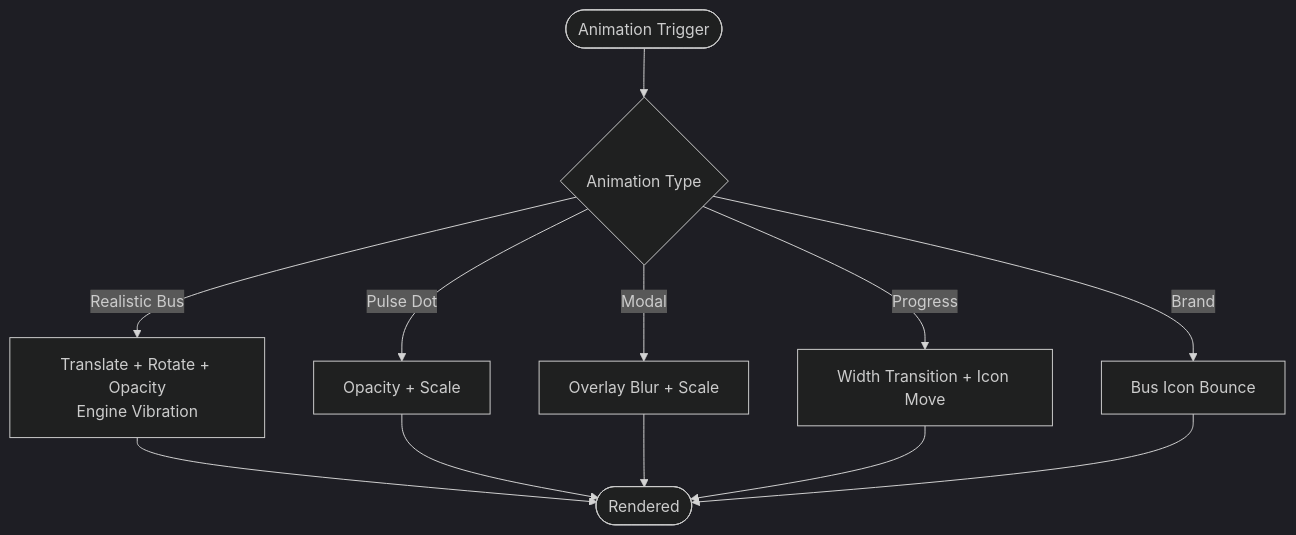
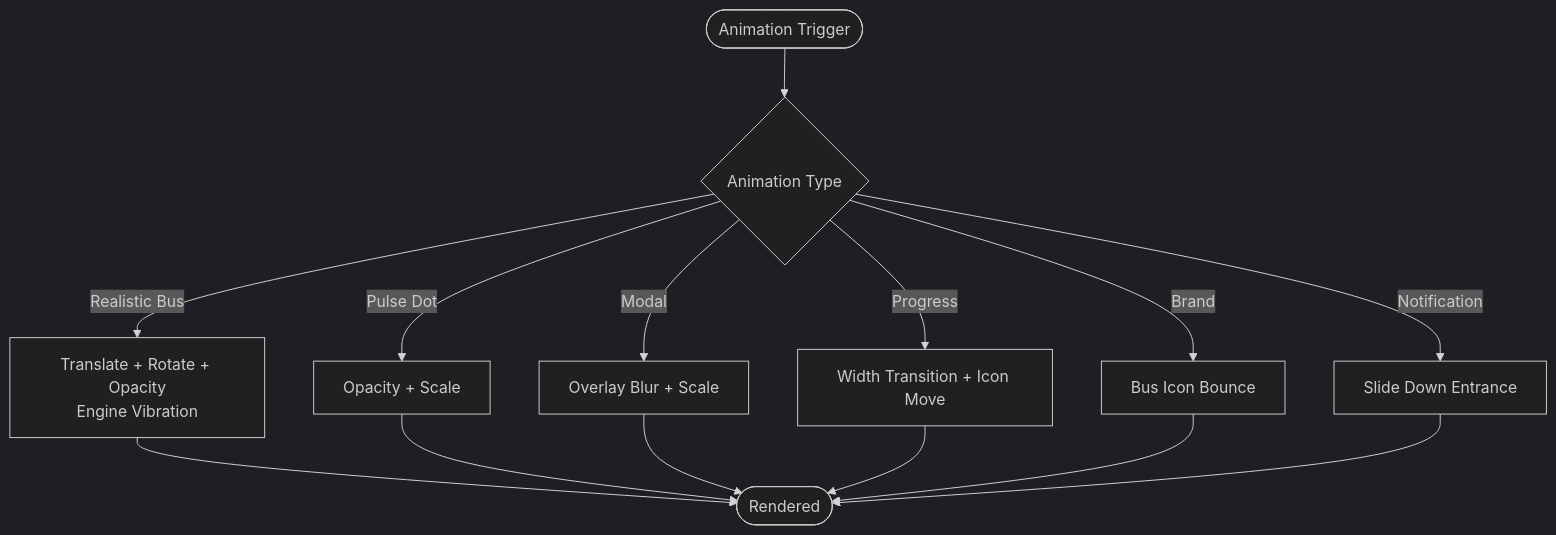
The sixth of 7 diagrams in .qoder/repowiki/en/content/User Interface and Design System.md (Rehanpatel3858/BusTrack-Pro), drawn with Mermaid (dark theme) before and after one commit. The commit also changed other lines of this file and 3 other files, not shown here.

````diff
--- a/.qoder/repowiki/en/content/User Interface and Design System.md
+++ b/.qoder/repowiki/en/content/User Interface and Design System.md
@@ -294,14 +308,16 @@
 ```mermaid
 flowchart TD
 Entry(["Animation Trigger"]) --> Type{"Animation Type"}
 Type --> |Realistic Bus| BusAnim["Translate + Rotate + Opacity<br/>Engine Vibration"]
 Type --> |Pulse Dot| Pulse["Opacity + Scale"]
 Type --> |Modal| ModalScale["Overlay Blur + Scale"]
 Type --> |Progress| ProgressFill["Width Transition + Icon Move"]
 Type --> |Brand| BrandBounce["Bus Icon Bounce"]
+Type --> |Notification| SlideDown["Slide Down Entrance"]
 BusAnim --> Exit(["Rendered"])
 Pulse --> Exit
 ModalScale --> Exit
 ProgressFill --> Exit
 BrandBounce --> Exit
+SlideDown --> Exit
 ```
````
